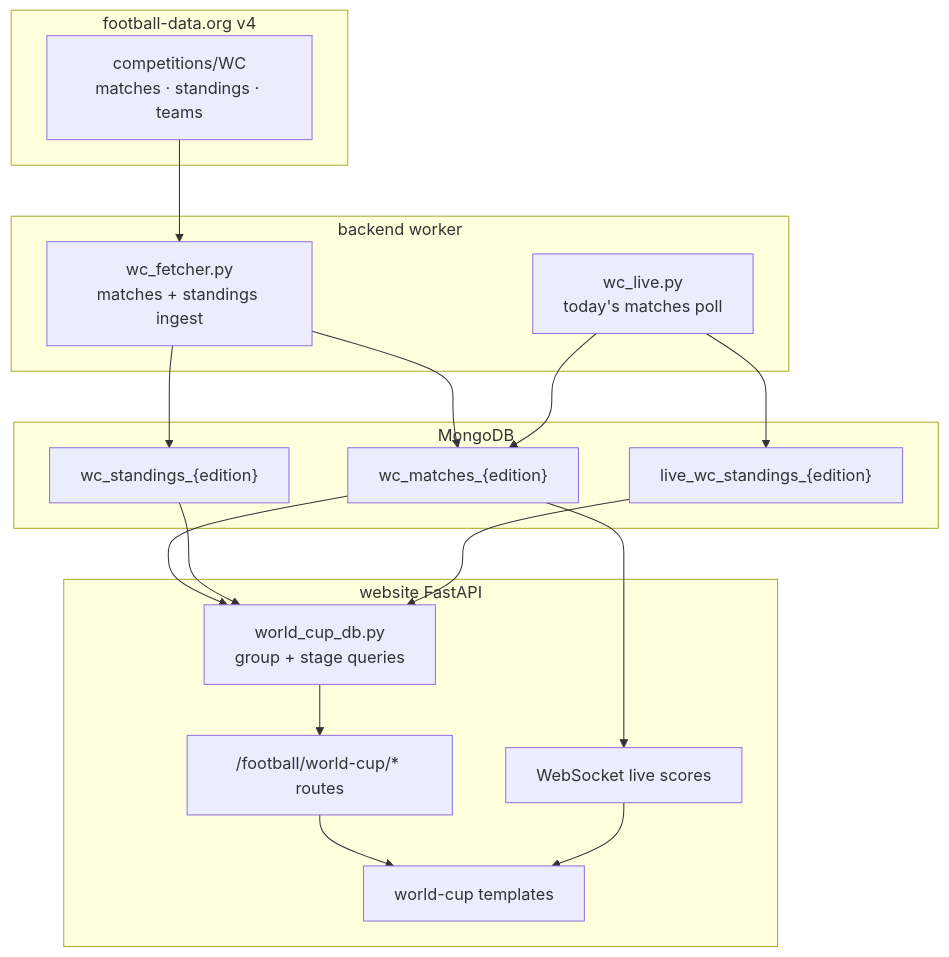
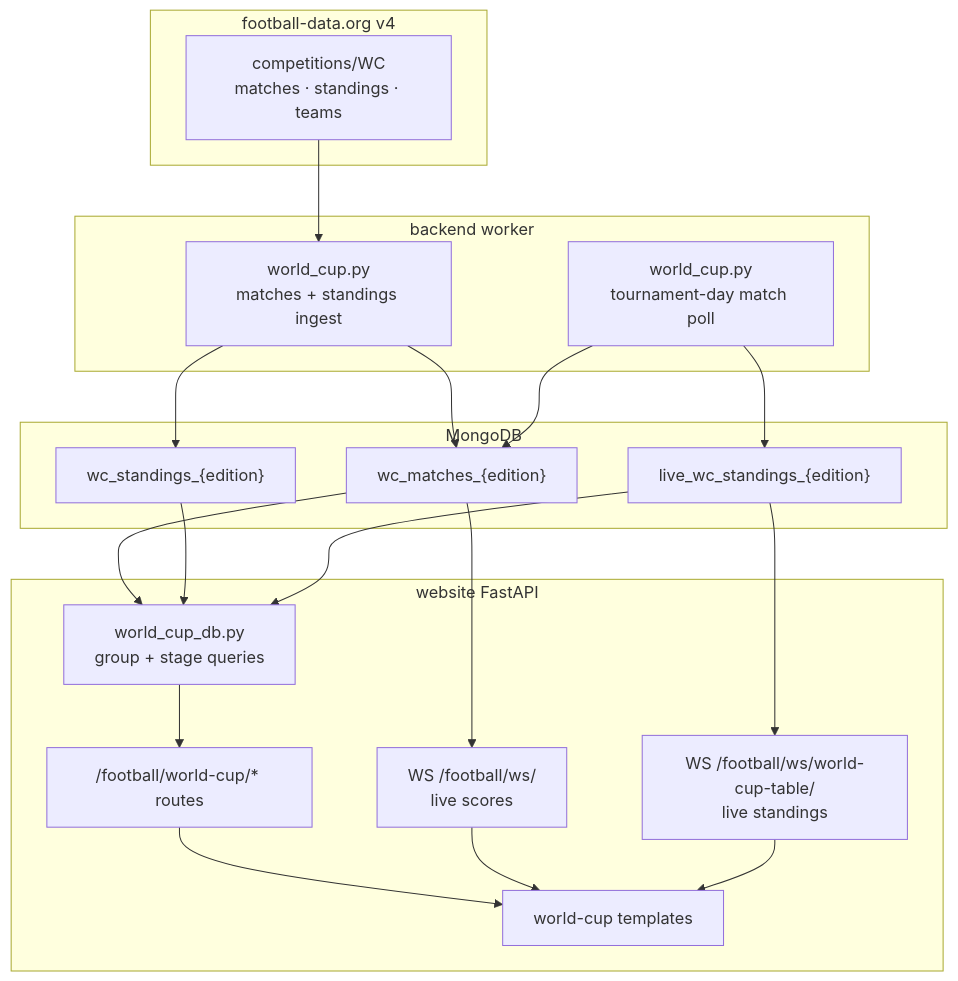
Before and after one commit to schleising/website3: the diagram in design/World-Cup.md, drawn with Mermaid. The commit also changed other lines of this file, not shown here.

Commit message:
feat: Update World Cup design proposal to include live standings and tournament timezone management, enhancing match day accuracy and user experience with dedicated WebSocket endpoints and improved score display logic

````diff
--- a/design/World-Cup.md
+++ b/design/World-Cup.md
@@ -450,37 +473,40 @@
 ```mermaid
 flowchart TB
   subgraph External["football-data.org v4"]
     API["competitions/WC<br/>matches · standings · teams"]
   end
 
   subgraph Backend["backend worker"]
-    Fetcher["wc_fetcher.py<br/>matches + standings ingest"]
-    Live["wc_live.py<br/>today's matches poll"]
+    Fetcher["world_cup.py<br/>matches + standings ingest"]
+    Live["world_cup.py<br/>tournament-day match poll"]
   end
 
   subgraph Mongo["MongoDB"]
     WM["wc_matches_{edition}"]
     WS["wc_standings_{edition}"]
     LWS["live_wc_standings_{edition}"]
   end
 
   subgraph Website["website FastAPI"]
     Router["/football/world-cup/* routes"]
     WCDB["world_cup_db.py<br/>group + stage queries"]
     Templates["world-cup templates"]
-    WSock["WebSocket live scores"]
+    WSock["WS /football/ws/<br/>live scores"]
+    WTable["WS /football/ws/world-cup-table/<br/>live standings"]
   end
 
   API --> Fetcher
   Fetcher --> WM
   Fetcher --> WS
   Live --> WM
   Live --> LWS
   WM --> WCDB
   WS --> WCDB
   LWS --> WCDB
   WCDB --> Router
   Router --> Templates
   WM --> WSock
+  LWS --> WTable
   WSock --> Templates
+  WTable --> Templates
 ```
````
